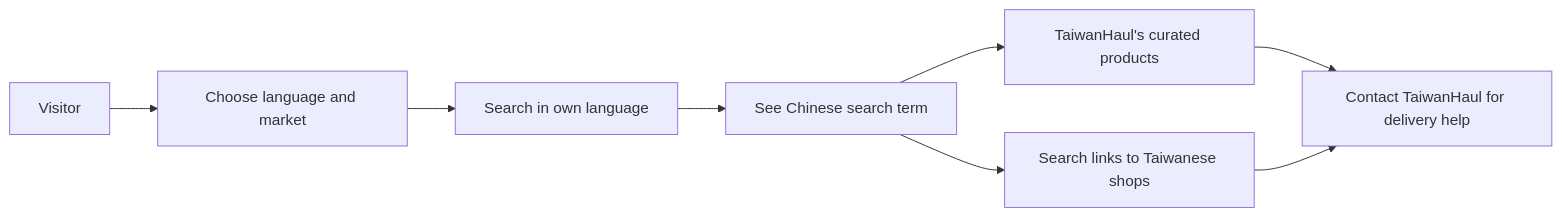
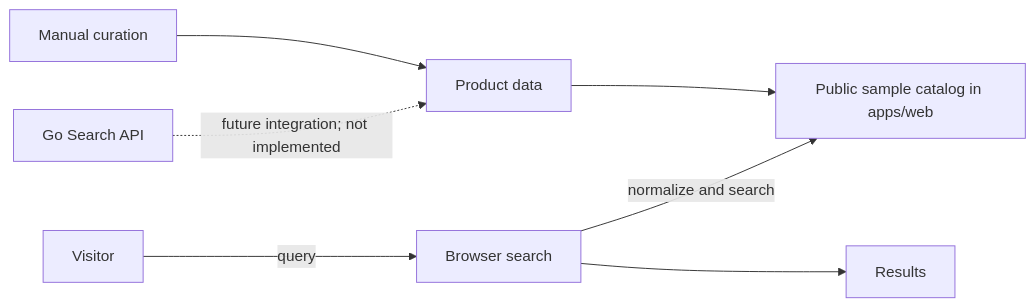
The second of 2 diagrams in README.md (iskWang/taiwanhaul), drawn with Mermaid before and after one commit. The commit also changed other lines of this file and 150 other files, not shown here.

Commit message:
Restructure TaiwanHaul into Bun workspaces

````diff
--- a/README.md
+++ b/README.md
@@ -7,10 +19,9 @@
 ```mermaid
 flowchart LR
-  Visitor --> Preferences["Choose language and market"]
-  Preferences --> Search["Search in own language"]
-  Search --> Chinese["See Chinese search term"]
-  Chinese --> Results["TaiwanHaul's curated products"]
-  Chinese --> Shops["Search links to Taiwanese shops"]
-  Results --> Contact["Contact TaiwanHaul for delivery help"]
-  Shops --> Contact
+  Curator["Manual curation"] --> Index["Product data"]
+  Index --> Sample["Public sample catalog in apps/web"]
+  Visitor -->|"query"| Browser["Browser search"]
+  Browser -->|"normalize and search"| Sample
+  Browser --> Results["Results"]
+  SearchAPI["Go Search API"] -. "future integration; not implemented" .-> Index
 ```
````
